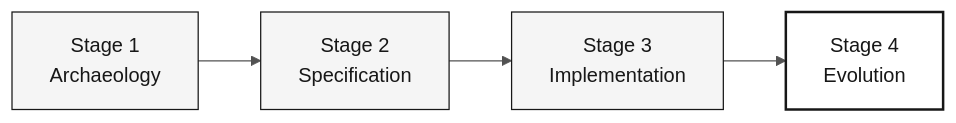
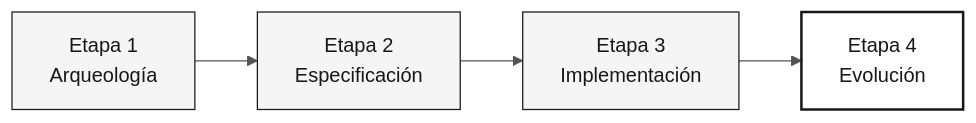
One commit to paulasilvatech/datacorp-sifap-team-kit-pt-br changed the diagram in 05-personas/09-devops-engineer/PERSONA.md. Above: the diagram before and after it, drawn with Mermaid. The commit also changed other lines of this file and 386 other files, not shown here.

````diff
--- a/05-personas/09-devops-engineer/PERSONA.md
+++ b/05-personas/09-devops-engineer/PERSONA.md
@@ -30,10 +30,10 @@
 ```mermaid
 %%{init: {'theme':'neutral','themeVariables':{'fontFamily':'ui-sans-serif, system-ui, sans-serif','primaryColor':'#F5F5F5','primaryTextColor':'#171717','primaryBorderColor':'#171717','lineColor':'#525252','secondaryColor':'#FFFFFF','tertiaryColor':'#FAFAFA','background':'#FFFFFF'}}}%%
 flowchart LR
     classDef step fill:#F5F5F5,stroke:#171717,color:#171717
     classDef active fill:#FFFFFF,stroke:#171717,color:#171717,stroke-width:2px
     classDef muted fill:#FAFAFA,stroke:#A3A3A3,color:#404040
-    S1["Stage 1<br/>Archaeology"]:::step --> S2["Stage 2<br/>Specification"]:::step
-    S2 --> S3["Stage 3<br/>Implementation"]:::step
-    S3 --> S4["Stage 4<br/>Evolution"]:::active
+    S1["Etapa 1<br/>Arqueología"]:::step --> S2["Etapa 2<br/>Especificación"]:::step
+    S2 --> S3["Etapa 3<br/>Implementación"]:::step
+    S3 --> S4["Etapa 4<br/>Evolución"]:::active
 ```
````
